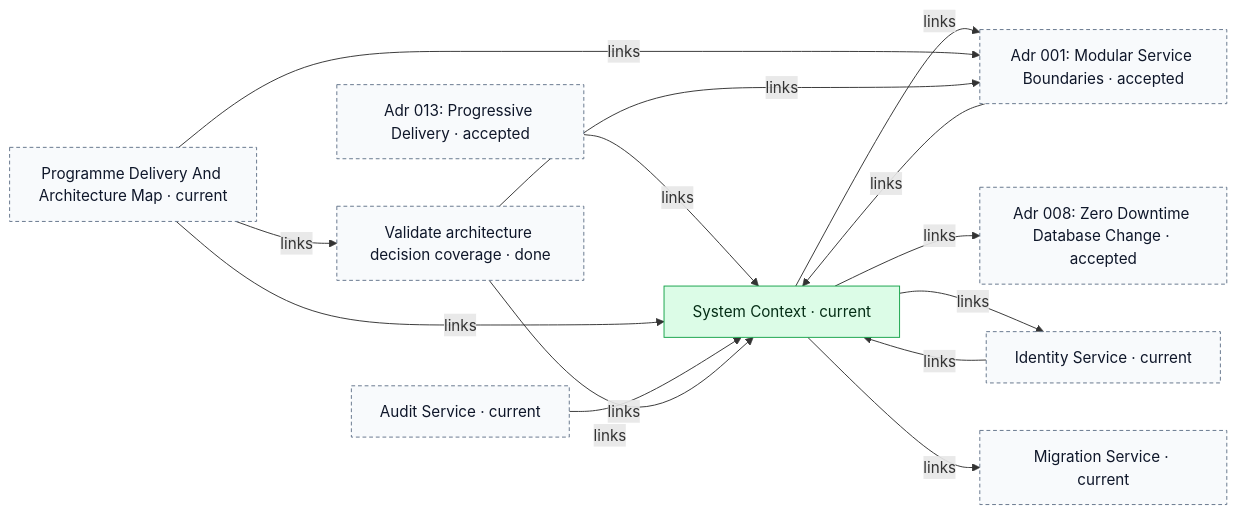
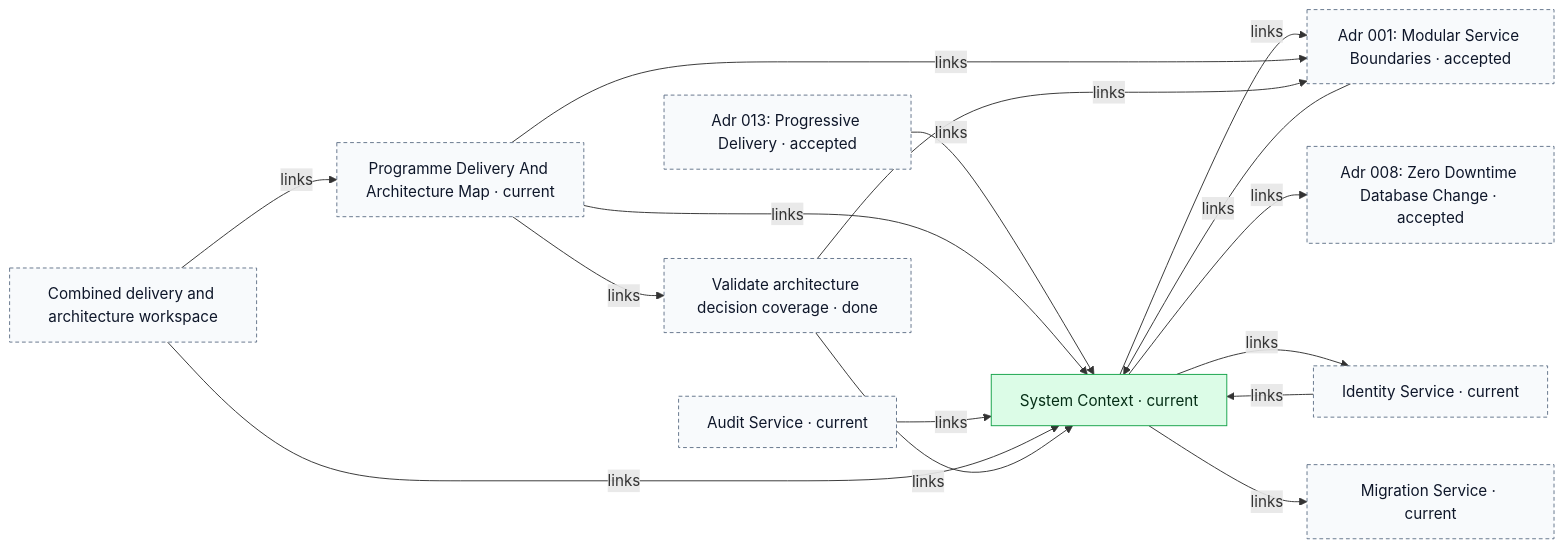
The tenth of 10 diagrams in docs/COMBINED_WORKSPACE_VISUALIZATION.md (polaralias/okf-tasks), drawn with Mermaid before and after one commit. The commit also changed other lines of this file and 26 other files, not shown here.

````diff
--- a/docs/COMBINED_WORKSPACE_VISUALIZATION.md
+++ b/docs/COMBINED_WORKSPACE_VISUALIZATION.md
@@ -963,30 +992,33 @@
 ```mermaid
 flowchart LR
     n0["System Context · current"]:::knowledge
     n1["Adr 001: Modular Service Boundaries · accepted"]:::boundary
     n2["Adr 008: Zero Downtime Database Change · accepted"]:::boundary
     n3["Adr 013: Progressive Delivery · accepted"]:::boundary
     n4["Programme Delivery And Architecture Map · current"]:::boundary
     n5["Audit Service · current"]:::boundary
     n6["Identity Service · current"]:::boundary
     n7["Migration Service · current"]:::boundary
-    n8["Validate architecture decision coverage · done"]:::boundary
+    n8["Combined delivery and architecture workspace"]:::boundary
+    n9["Validate architecture decision coverage · done"]:::boundary
     n0 -->|links| n1
     n0 -->|links| n2
     n0 -->|links| n6
     n0 -->|links| n7
     n1 -->|links| n0
     n3 -->|links| n0
     n4 -->|links| n0
     n4 -->|links| n1
-    n4 -->|links| n8
+    n4 -->|links| n9
     n5 -->|links| n0
     n6 -->|links| n0
+    n8 -->|links| n4
     n8 -->|links| n0
-    n8 -->|links| n1
+    n9 -->|links| n0
+    n9 -->|links| n1
     classDef task fill:#dbeafe,stroke:#2563eb,color:#172554
     classDef workstream fill:#ede9fe,stroke:#7c3aed,color:#2e1065
     classDef tracker fill:#ffedd5,stroke:#ea580c,color:#431407
     classDef knowledge fill:#dcfce7,stroke:#16a34a,color:#052e16
     classDef boundary fill:#f8fafc,stroke:#64748b,color:#0f172a,stroke-dasharray:4 3
 ```
````
